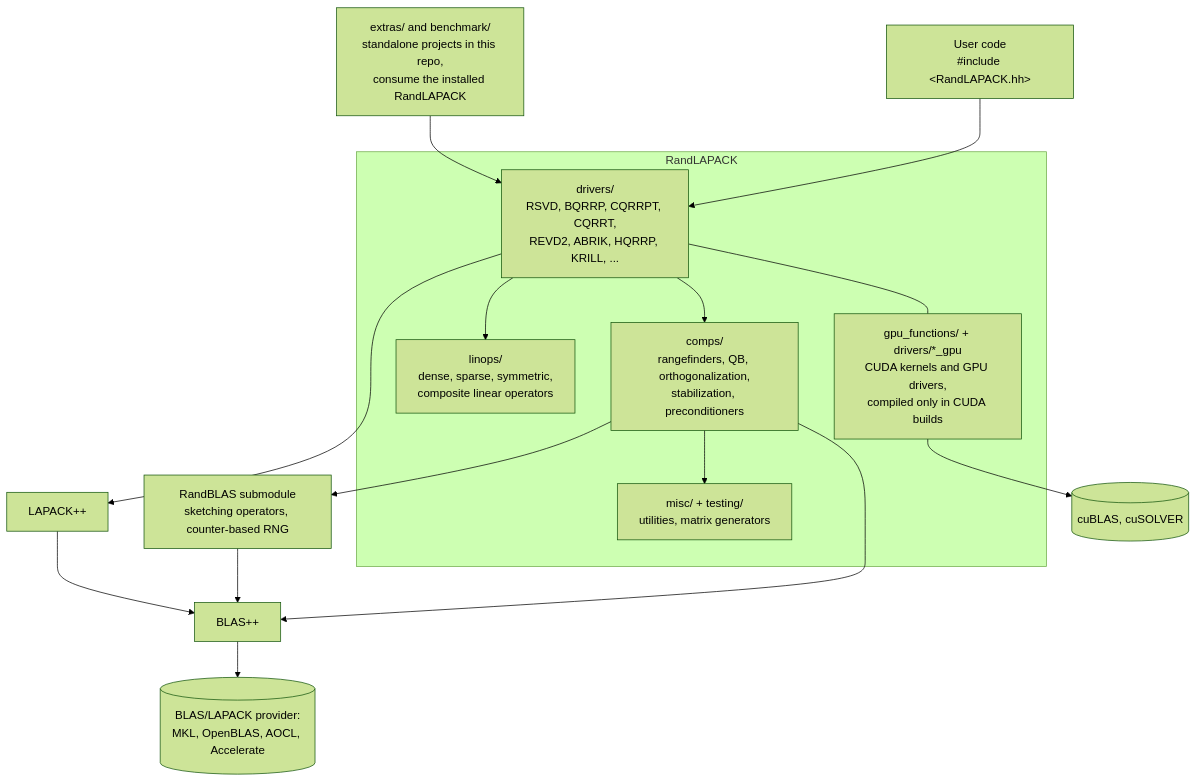
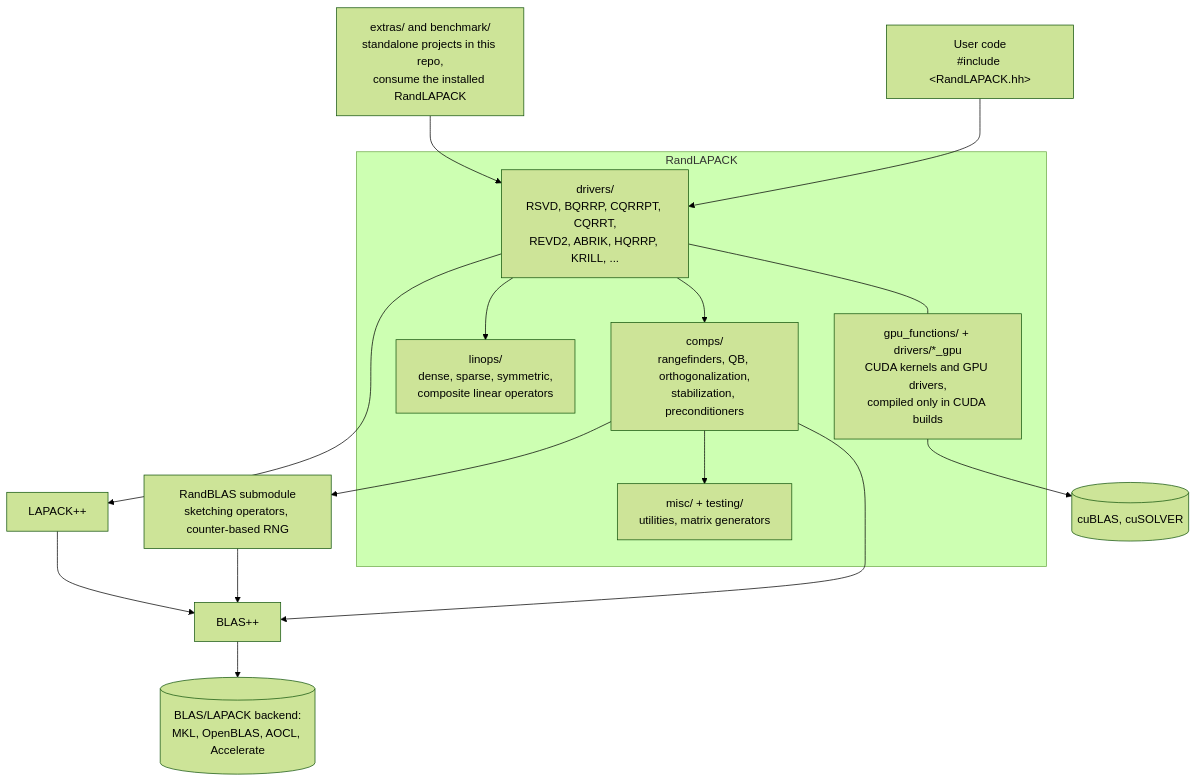
The diagram in docs/ARCHITECTURE.md (BallisticLA/RandLAPACK), drawn with Mermaid (forest theme) before and after one commit. The commit also changed other lines of this file, not shown here.

First line of the commit message:
Docs: ARCHITECTURE.md holds the one list of code conventions

````diff
--- a/docs/ARCHITECTURE.md
+++ b/docs/ARCHITECTURE.md
@@ -23,23 +25,23 @@
 ```mermaid
 flowchart TD
     U[User code<br/>#include &lt;RandLAPACK.hh&gt;] --> D
     X[extras/ and benchmark/<br/>standalone projects in this repo,<br/>consume the installed RandLAPACK] --> D
     subgraph RandLAPACK
         D[drivers/<br/>RSVD, BQRRP, CQRRPT, CQRRT,<br/>REVD2, ABRIK, HQRRP, KRILL, ...]
         C[comps/<br/>rangefinders, QB, orthogonalization,<br/>stabilization, preconditioners]
         L[linops/<br/>dense, sparse, symmetric,<br/>composite linear operators]
         M[misc/ + testing/<br/>utilities, matrix generators]
         GPU[gpu_functions/ + drivers/*_gpu<br/>CUDA kernels and GPU drivers,<br/>compiled only in CUDA builds]
         D --> C
         D --> L
         C --> M
         D --- GPU
     end
     C --> RB[RandBLAS submodule<br/>sketching operators, counter-based RNG]
     D --> LPP[LAPACK++]
     C --> BPP[BLAS++]
     RB --> BPP
     LPP --> BPP
-    BPP --> BLAS[(BLAS/LAPACK provider:<br/>MKL, OpenBLAS, AOCL, Accelerate)]
+    BPP --> BLAS[(BLAS/LAPACK backend:<br/>MKL, OpenBLAS, AOCL, Accelerate)]
     GPU --> CUDALIBS[(cuBLAS, cuSOLVER)]
 ```
````
